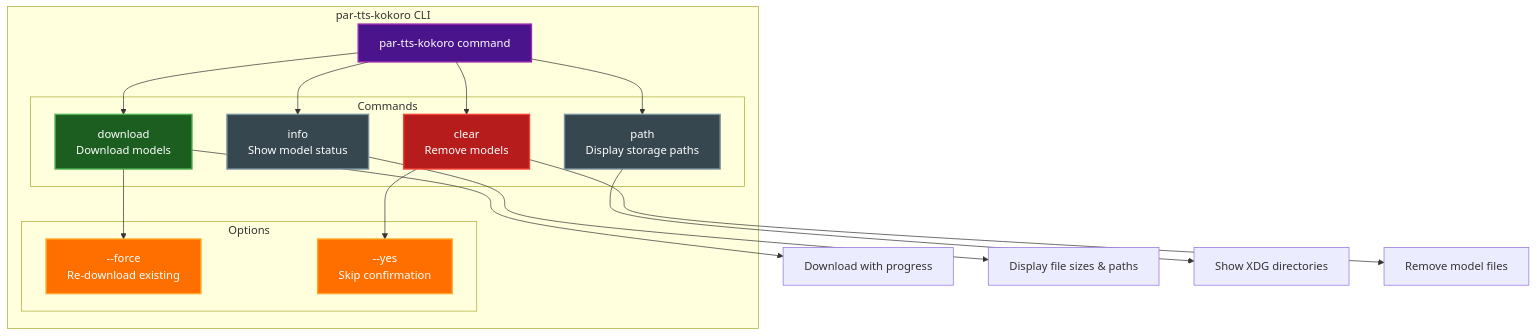
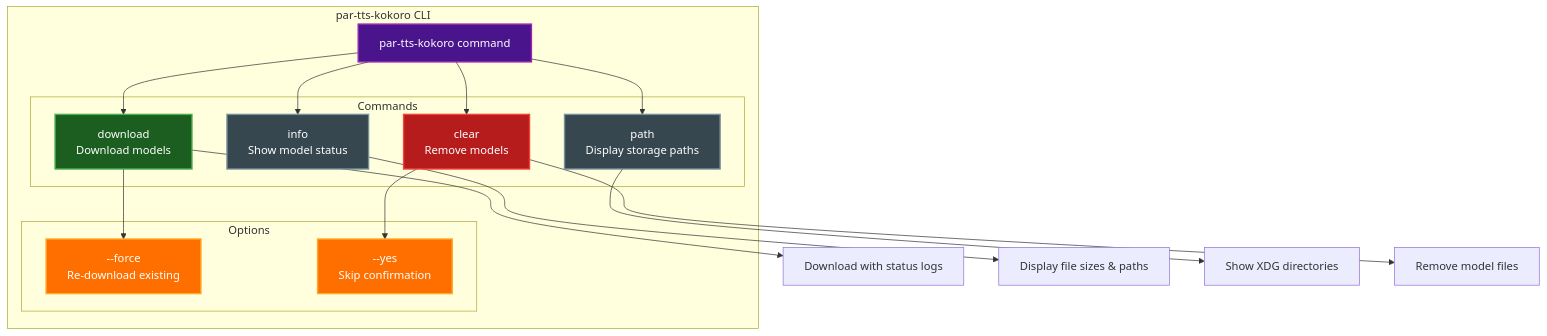
Diagram 11 of 21 in docs/ARCHITECTURE.md (paulrobello/par-cli-tts), drawn with Mermaid before and after one commit. The commit also changed other lines of this file and 3 other files, not shown here.

````diff
--- a/docs/ARCHITECTURE.md
+++ b/docs/ARCHITECTURE.md
@@ -1021,39 +1111,39 @@
 ```mermaid
 flowchart TD
     subgraph "par-tts-kokoro CLI"
         CMD[par-tts-kokoro command]
 
         subgraph "Commands"
             DL[download<br/>Download models]
             INFO[info<br/>Show model status]
             PATH[path<br/>Display storage paths]
             CLEAR[clear<br/>Remove models]
         end
 
         subgraph "Options"
             FORCE[--force<br/>Re-download existing]
             YES[--yes<br/>Skip confirmation]
         end
     end
 
     CMD --> DL
     CMD --> INFO
     CMD --> PATH
     CMD --> CLEAR
 
     DL --> FORCE
     CLEAR --> YES
 
-    DL --> DOWNLOAD_FLOW[Download with progress]
+    DL --> DOWNLOAD_FLOW[Download with status logs]
     INFO --> SHOW_STATUS[Display file sizes & paths]
     PATH --> SHOW_PATHS[Show XDG directories]
     CLEAR --> DELETE_FILES[Remove model files]
 
     style CMD fill:#4a148c,stroke:#9c27b0,stroke-width:2px,color:#ffffff
     style DL fill:#1b5e20,stroke:#4caf50,stroke-width:2px,color:#ffffff
     style INFO fill:#37474f,stroke:#78909c,stroke-width:2px,color:#ffffff
     style PATH fill:#37474f,stroke:#78909c,stroke-width:2px,color:#ffffff
     style CLEAR fill:#b71c1c,stroke:#f44336,stroke-width:2px,color:#ffffff
     style FORCE fill:#ff6f00,stroke:#ffa726,stroke-width:2px,color:#ffffff
     style YES fill:#ff6f00,stroke:#ffa726,stroke-width:2px,color:#ffffff
 ```
````
